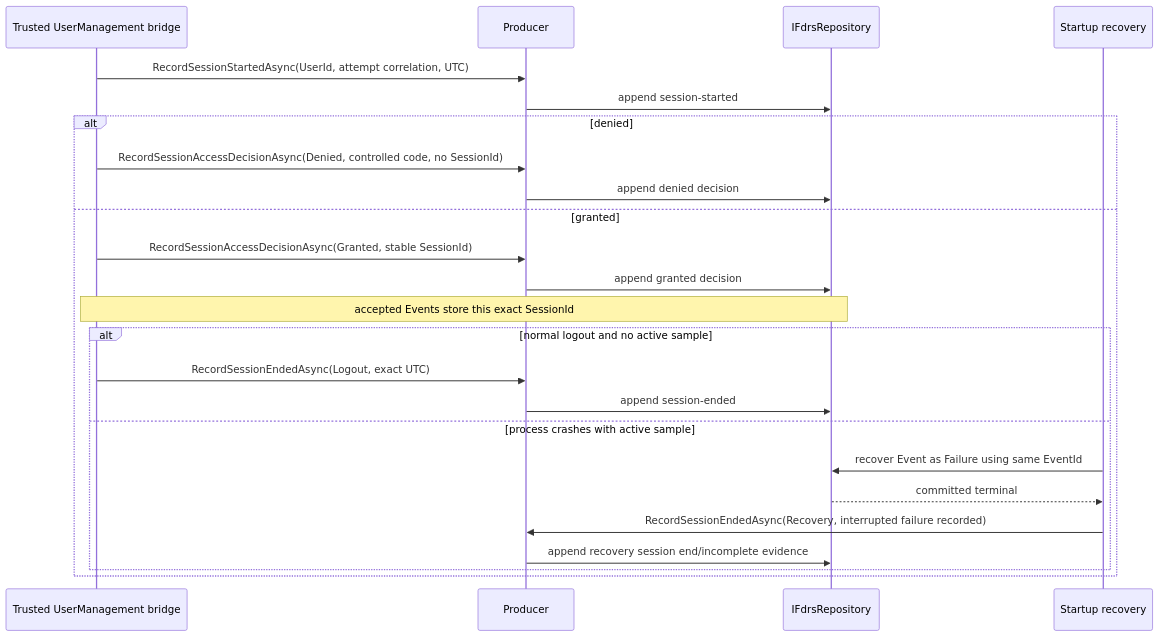
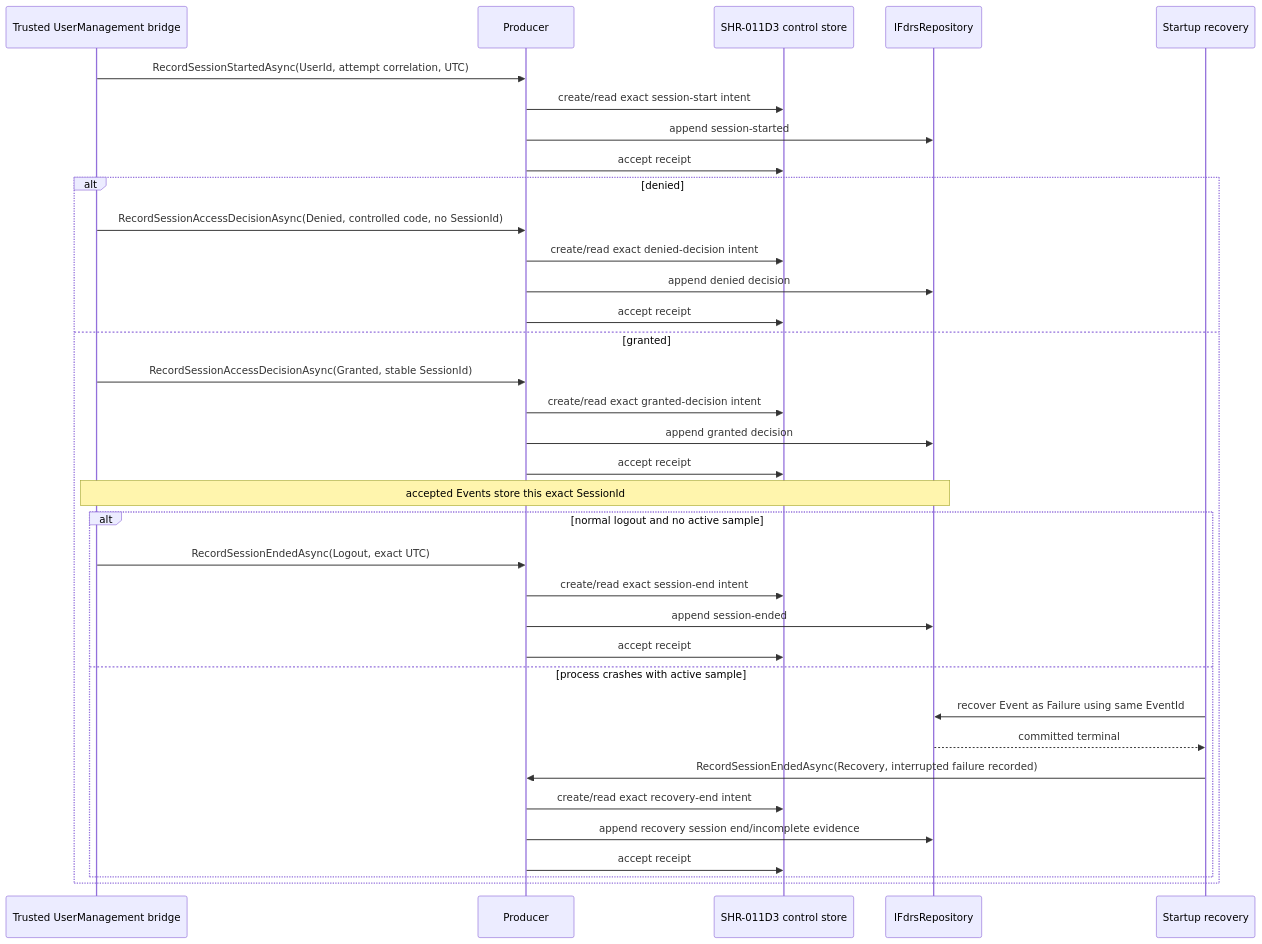
One commit to bmello4688/BrukerAgentSystem changed the fourth of 6 diagrams in agent-os/specs/2026-11-23-tq-011a-source-producer-adr/sequence-diagrams.md. Above: the diagram before and after it, drawn with Mermaid. The commit also changed other lines of this file and 9 other files, not shown here.

````diff
--- a/agent-os/specs/2026-11-23-tq-011a-source-producer-adr/sequence-diagrams.md
+++ b/agent-os/specs/2026-11-23-tq-011a-source-producer-adr/sequence-diagrams.md
@@ -107,27 +132,38 @@
 ```mermaid
 sequenceDiagram
     participant U as Trusted UserManagement bridge
     participant P as Producer
+    participant C as SHR-011D3 control store
     participant R as IFdrsRepository
     participant S as Startup recovery
 
     U->>P: RecordSessionStartedAsync(UserId, attempt correlation, UTC)
+    P->>C: create/read exact session-start intent
     P->>R: append session-started
+    P->>C: accept receipt
     alt denied
         U->>P: RecordSessionAccessDecisionAsync(Denied, controlled code, no SessionId)
+        P->>C: create/read exact denied-decision intent
         P->>R: append denied decision
+        P->>C: accept receipt
     else granted
         U->>P: RecordSessionAccessDecisionAsync(Granted, stable SessionId)
+        P->>C: create/read exact granted-decision intent
         P->>R: append granted decision
+        P->>C: accept receipt
         Note over U,R: accepted Events store this exact SessionId
         alt normal logout and no active sample
             U->>P: RecordSessionEndedAsync(Logout, exact UTC)
+            P->>C: create/read exact session-end intent
             P->>R: append session-ended
+            P->>C: accept receipt
         else process crashes with active sample
             S->>R: recover Event as Failure using same EventId
             R-->>S: committed terminal
             S->>P: RecordSessionEndedAsync(Recovery, interrupted failure recorded)
+            P->>C: create/read exact recovery-end intent
             P->>R: append recovery session end/incomplete evidence
+            P->>C: accept receipt
         end
     end
 ```
````
